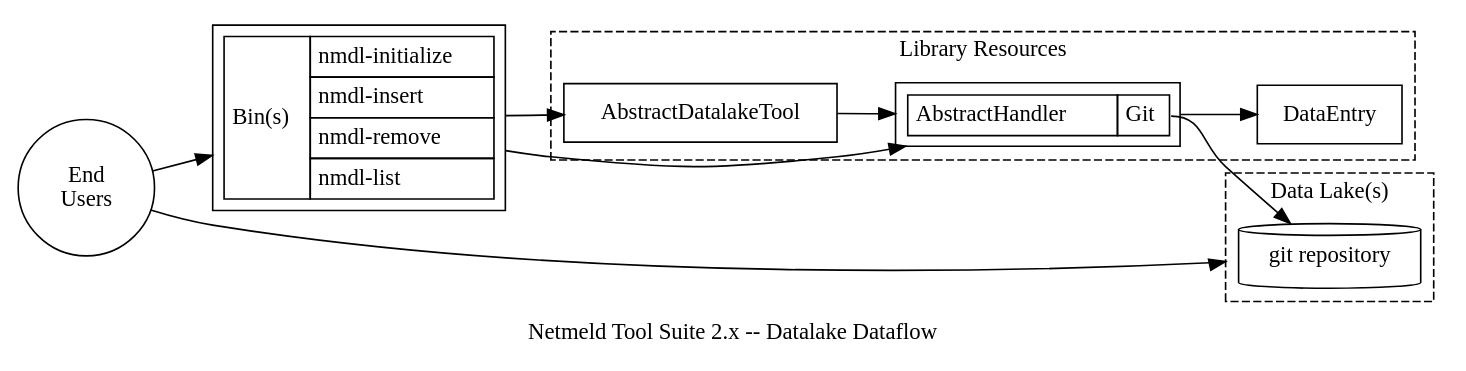
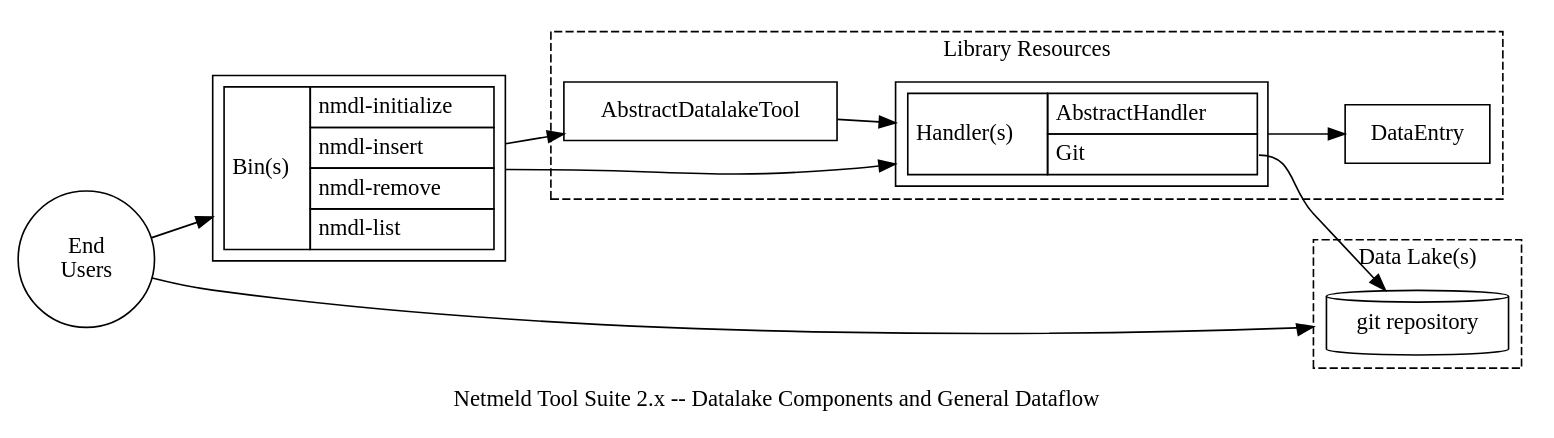
Before and after one commit to netmeld/netmeld: the diagram in datalake/docs/netmeld-datalake-workflow.dot, drawn with Graphviz. The commit also changed 8 other files, not shown here.

```diff
--- a/datalake/docs/netmeld-datalake-workflow.dot
+++ b/datalake/docs/netmeld-datalake-workflow.dot
@@ -1,58 +1,59 @@
 digraph G {
   rankdir=LR;
-  nodespace=0.5;
+  nodesep=0.5;
   ranksep=0.5;
   newrank=true;
   splines=spline;
   compound=true;
   concentrate=true;
 
-  label="Netmeld Tool Suite 2.x -- Datalake Dataflow";
+  label="Netmeld Tool Suite 2.x -- Datalake Components and General Dataflow";
 
   node[shape="circle"];
   users [label="End\nUsers"];
 
   node[shape="rectangle",margin=0.1];
   bins [label=<
     <table border="0" cellborder="1" cellspacing="0" cellpadding="4">
       <tr><td rowspan="5">Bin(s)</td></tr>
       <tr><td align="left">nmdl-initialize</td></tr>
       <tr><td align="left">nmdl-insert</td></tr>
       <tr><td align="left">nmdl-remove</td></tr>
       <tr><td align="left">nmdl-list</td></tr>
     </table>>];
 
   subgraph cluster_lib {
     label="Library Resources";
     style="dashed";
 
     node[shape="rectangle"];
     objects [label="DataEntry"];
     tools [label="AbstractDatalakeTool"];
 
     node[shape="none",margin=0];
     node[shape="rectangle",margin=0.1];
     handlers [label=<
       <table border="0" cellborder="1" cellspacing="0" cellpadding="4">
-        <tr><td rowspan="2">AbstractHandler</td></tr>
+        <tr><td rowspan="3">Handler(s)</td></tr>
+        <tr><td align="left">AbstractHandler</td></tr>
         <tr><td align="left" port="git">Git</td></tr>
       </table>>];
   }
 
   subgraph cluster_datalake {
     label="Data Lake(s)";
     style="dashed";
 
     node [shape="cylinder"];
     git [label="git repository"];
   }
   
 
   users->bins;
   users->git [lhead=cluster_datalake];
   bins->tools;
   bins->handlers;
   tools->handlers;
   handlers->objects;
   handlers:git->git;
 }
```
